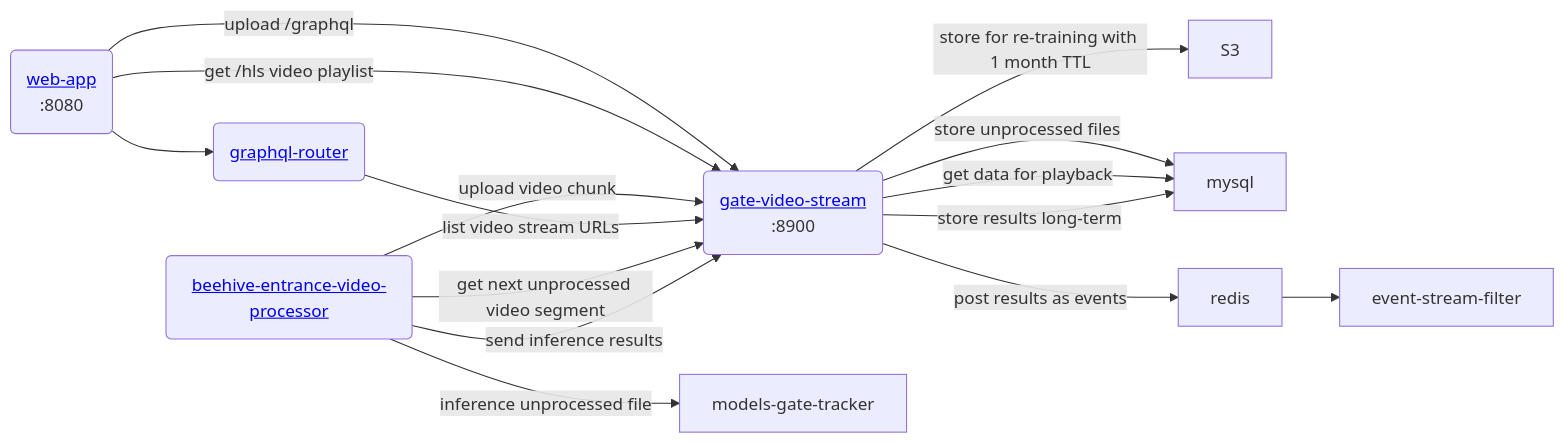
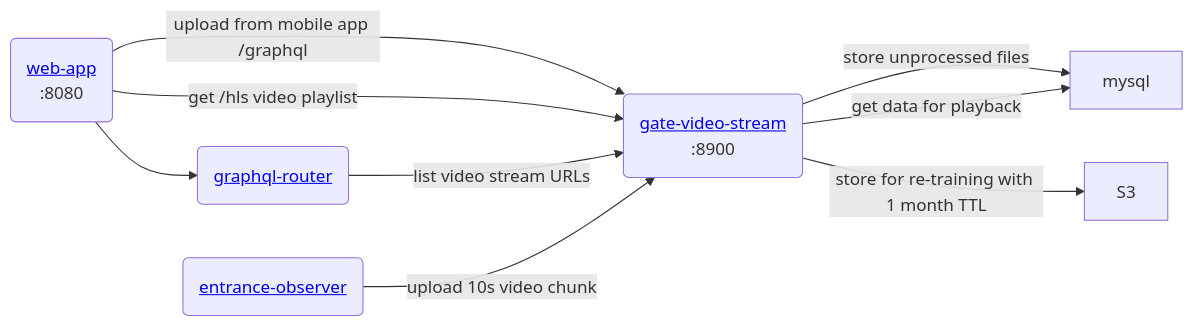
The diagram in README.md (Gratheon/gate-video-stream), drawn with Mermaid before and after one commit.

````diff
--- a/README.md
+++ b/README.md
@@ -25,15 +25,10 @@
 ```mermaid
 flowchart LR
-	web-app --"upload /graphql"--> gate-video-stream --"store for re-training with 1 month TTL"--> S3
+	web-app --"upload from mobile app /graphql"--> gate-video-stream
 	web-app --"get /hls video playlist"--> gate-video-stream
-	beehive-entrance-video-processor --"upload video chunk"--> gate-video-stream
 	gate-video-stream --"store unprocessed files" --> mysql
 
     web-app("<a href='https://github.com/Gratheon/web-app'>web-app</a>\n:8080") --> graphql-router("<a href='https://github.com/Gratheon/graphql-router'>graphql-router</a>") --"list video stream URLs"--> gate-video-stream("<a href='https://github.com/Gratheon/gate-video-stream'>gate-video-stream</a>\n:8900") -- "get data for playback" --> mysql
 
-	beehive-entrance-video-processor("<a href='https://github.com/Gratheon/beehive-entrance-video-processor'>beehive-entrance-video-processor</a>") --"get next unprocessed video segment"--> gate-video-stream
-	beehive-entrance-video-processor --"inference unprocessed file" --> models-gate-tracker
-	beehive-entrance-video-processor --"send inference results"--> gate-video-stream -- "store results long-term" --> mysql
-	gate-video-stream -- "post results as events" --> redis --> event-stream-filter
-
+	entrance-observer("<a href='https://github.com/Gratheon/entrance-observer'>entrance-observer</a>") --"upload 10s video chunk"--> gate-video-stream  --"store for re-training with 1 month TTL"--> S3
 ```
````
